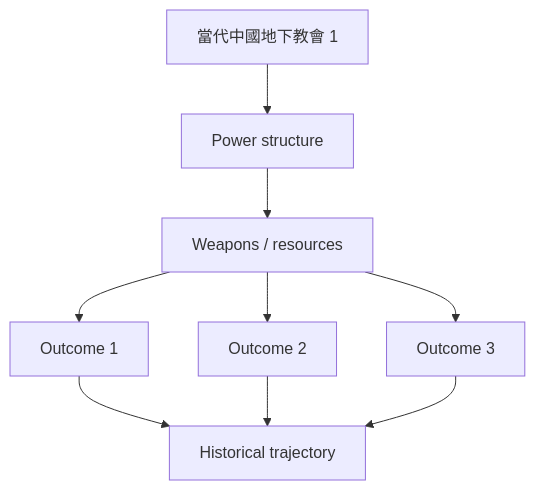
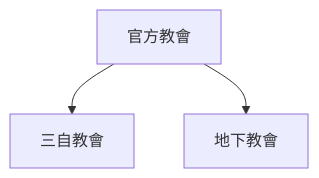
Before and after one commit to yip-lgtm/HKU-Harvard-History-Self-Study: the fourth of 6 diagrams in 01_HKU_Courses/HIST2202_Christianity_in_Asia.md, drawn with Mermaid. The commit also changed other lines of this file and 48 other files, not shown here.

````diff
--- a/01_HKU_Courses/HIST2202_Christianity_in_Asia.md
+++ b/01_HKU_Courses/HIST2202_Christianity_in_Asia.md
@@ -263,11 +123,5 @@
 ```mermaid
-graph TD
-    A[當代中國地下教會 1] --> B[Power structure]
-    B --> C[Weapons / resources]
-    C --> D[Outcome 1]
-    C --> E[Outcome 2]
-    C --> F[Outcome 3]
-    D --> G[Historical trajectory]
-    E --> G
-    F --> G
+flowchart TD
+    A[官方教會] --> B[三自教會]
+    A --> C[地下教會]
 ```
````
